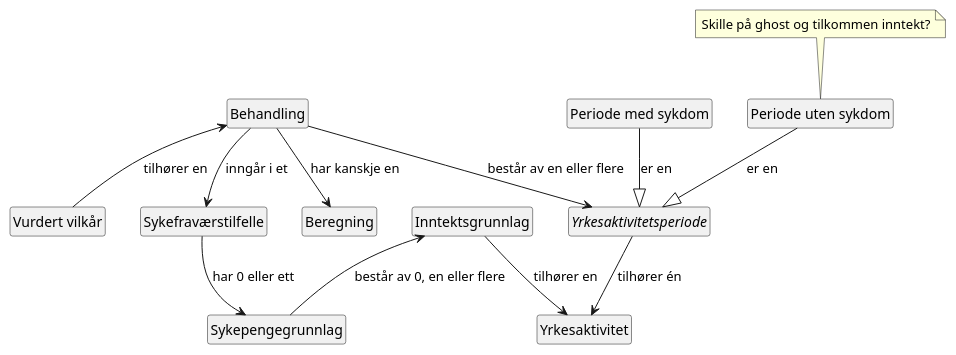
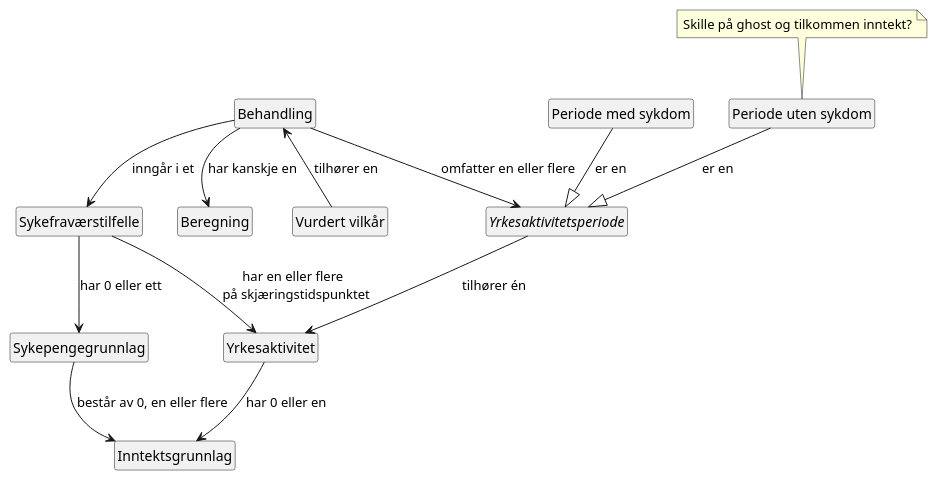
One commit to navikt/helse-bakrommet changed the diagram in docs/domenemodell.puml. Above: the diagram before and after it, drawn with PlantUML.

Commit message:
📝 Snu relasjonen mellom yrkesaktivitet og inntektsgrunnlag

```diff
--- a/docs/domenemodell.puml
+++ b/docs/domenemodell.puml
@@ -1,43 +1,43 @@
 @startuml
 
 class Behandling
 
 class Sykefraværstilfelle
 
 class Sykepengegrunnlag
 
 class Beregning
 
 interface Yrkesaktivitetsperiode
 
 class Yrkesaktivitet
 
 class Inntektsgrunnlag
 
 class MedSykdom as "Periode med sykdom"
 
 class UtenSykdom as "Periode uten sykdom"
 
 class VurdertVilkår as "Vurdert vilkår"
 
-Behandling --> Yrkesaktivitetsperiode: består av en eller flere
+Behandling --> Yrkesaktivitetsperiode: omfatter en eller flere
 Behandling --> Sykefraværstilfelle: inngår i et
+Sykefraværstilfelle --> Yrkesaktivitet: har en eller flere \n på skjæringstidspunktet
 Sykefraværstilfelle --> Sykepengegrunnlag: har 0 eller ett
-
-Inntektsgrunnlag <-- Sykepengegrunnlag: består av 0, en eller flere
-Inntektsgrunnlag --> Yrkesaktivitet: tilhører en
+Sykepengegrunnlag --> Inntektsgrunnlag: består av 0, en eller flere
+Yrkesaktivitet --> Inntektsgrunnlag: har 0 eller en
 
 Behandling <-- VurdertVilkår: tilhører en
 Yrkesaktivitetsperiode --> Yrkesaktivitet: tilhører én
 MedSykdom --|> Yrkesaktivitetsperiode: er en
 UtenSykdom --|> Yrkesaktivitetsperiode: er en
 Behandling --> Beregning: har kanskje en
 
 note top of UtenSykdom
   Skille på ghost og tilkommen inntekt?
 end note
 
 hide empty members
 hide circle
 
 @enduml
```
